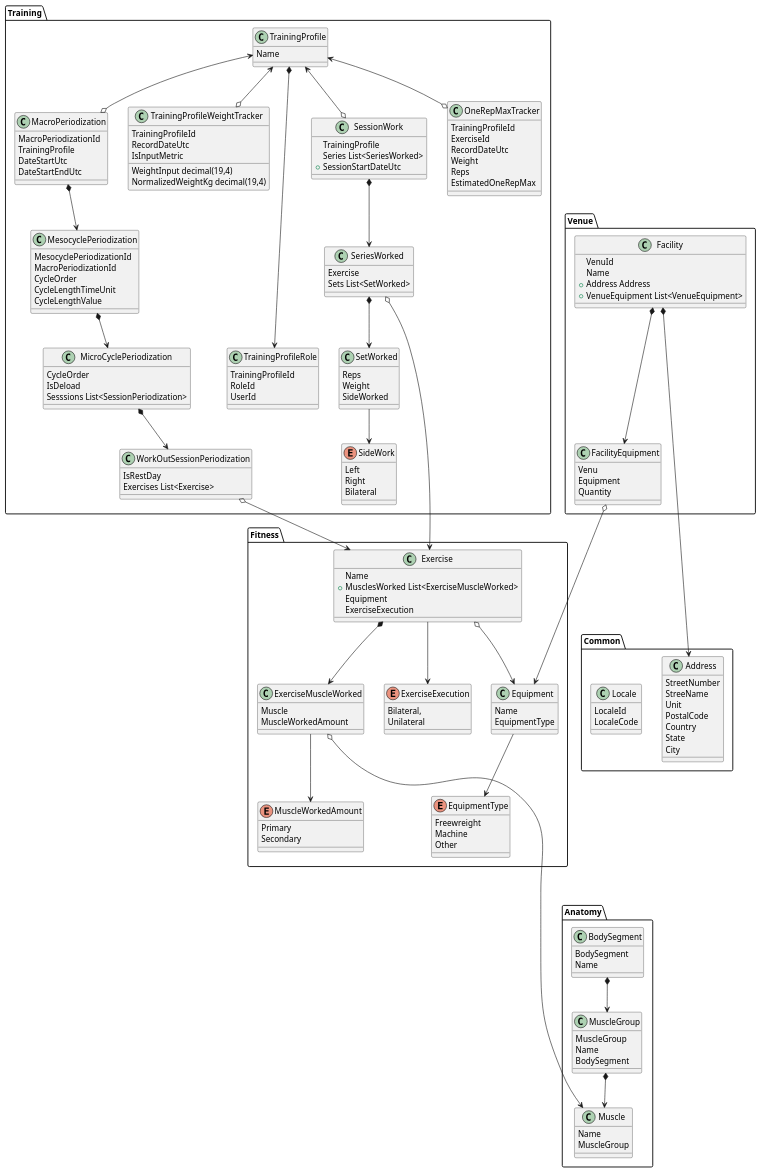
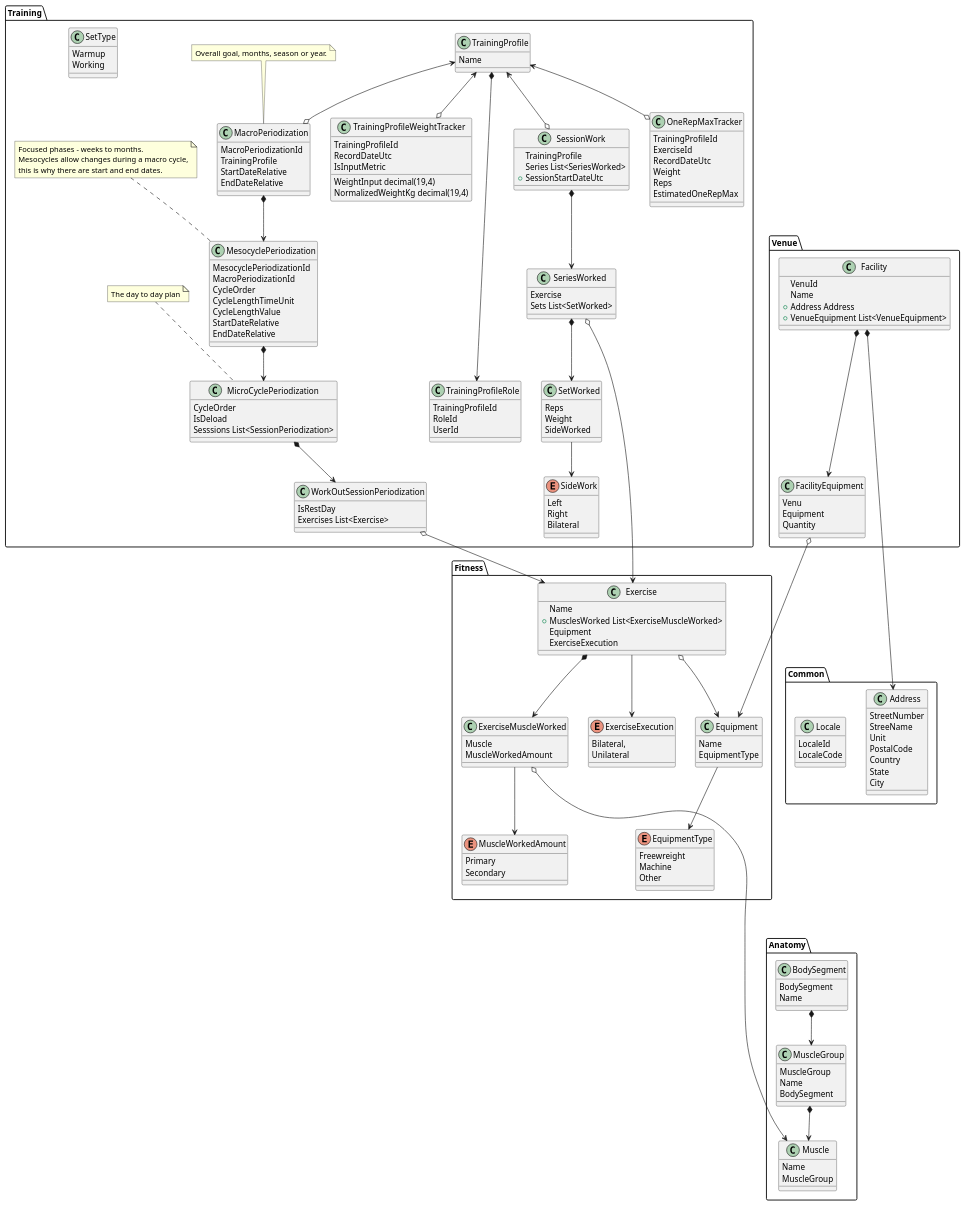
One commit to MatthewVRobertson/fortitutor-docs changed the diagram in Core.plantuml. Above: the diagram before and after it, drawn with PlantUML.

Commit message:
Cycle notes

```diff
--- a/Core.plantuml
+++ b/Core.plantuml
@@ -73,9 +73,12 @@
     {
         MacroPeriodizationId
         TrainingProfile
-        DateStartUtc
-        DateStartEndUtc
+        StartDateRelative
+        EndDateRelative
     }
+    note top of MacroPeriodization
+        Overall goal, months, season or year.
+    end note
 
     class MesocyclePeriodization
     {
@@ -84,7 +87,14 @@
         CycleOrder        
         CycleLengthTimeUnit
         CycleLengthValue
+        StartDateRelative
+        EndDateRelative
     }
+    note top of MesocyclePeriodization
+        Focused phases - weeks to months.
+        Mesocycles allow changes during a macro cycle,
+        this is why there are start and end dates.
+    end note
 
     class MicroCyclePeriodization
     {
@@ -92,6 +102,9 @@
         IsDeload        
         Sesssions List<SessionPeriodization>
     }
+    note top of MicroCyclePeriodization
+        The day to day plan
+    end note
 
     class WorkOutSessionPeriodization
     {
@@ -122,6 +135,12 @@
     class SeriesWorked {
         Exercise
         Sets List<SetWorked>
+    }
+
+
+    class SetType {
+        Warmup
+        Working
     }
 
     class SetWorked {
```
